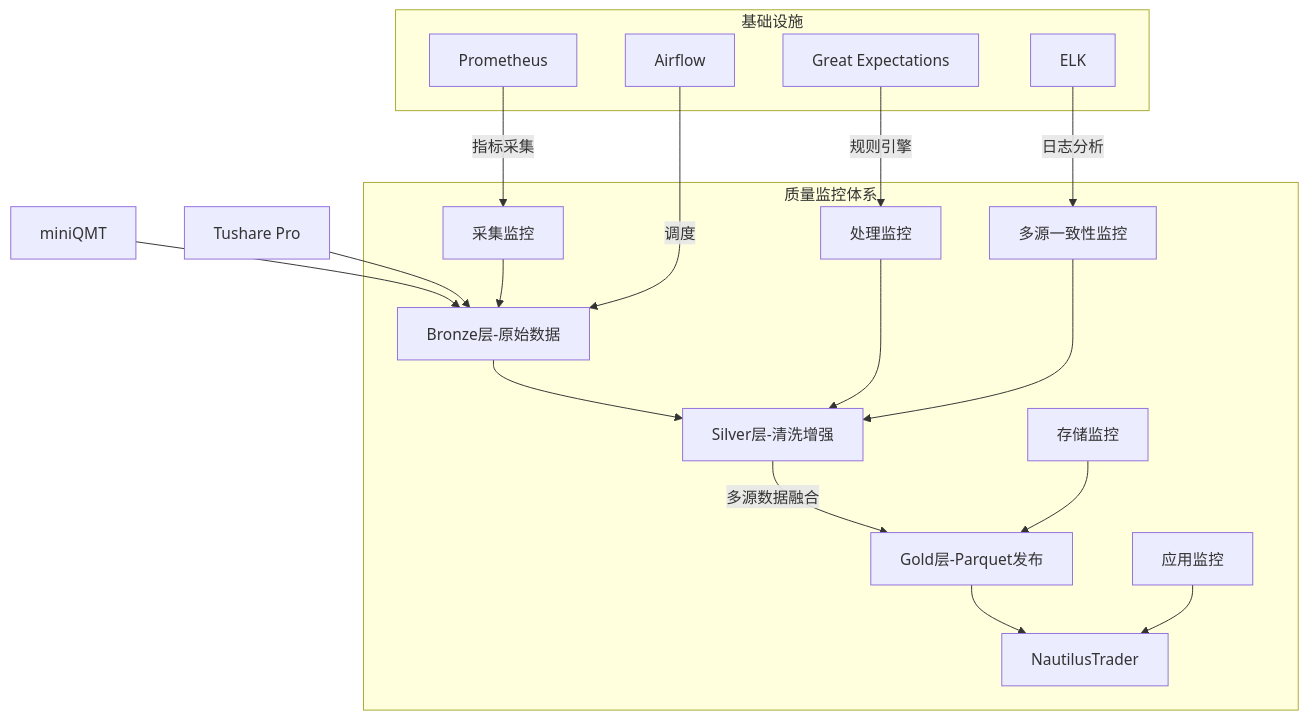
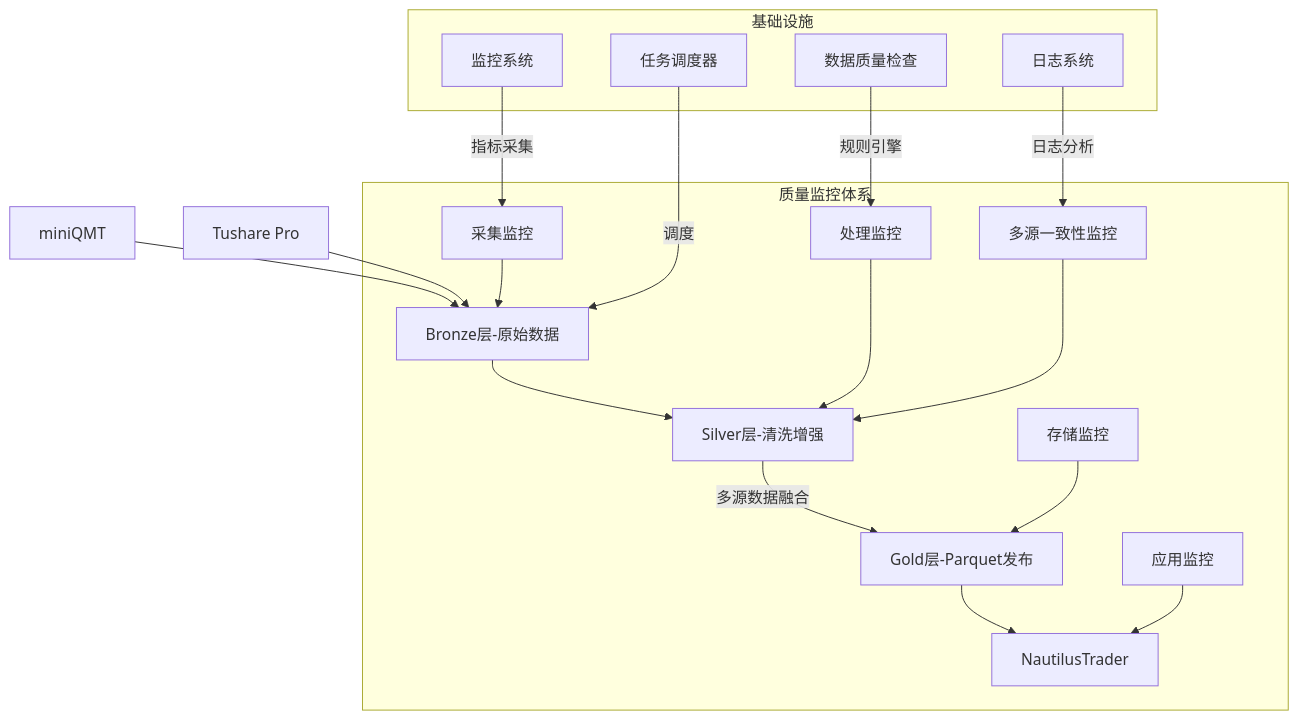
The first of 3 diagrams in argus-doc/plan.md (jiaenyue/project-argus-qmt-agent), drawn with Mermaid before and after one commit. The commit also changed other lines of this file and 340 other files, not shown here.

````diff
--- a/argus-doc/plan.md
+++ b/argus-doc/plan.md
@@ -16,23 +16,23 @@
 ```mermaid
 graph TD
     A[miniQMT] --> B[Bronze层-原始数据]
     C[Tushare Pro] --> B
     B --> D[Silver层-清洗增强]
     D -->|多源数据融合| E[Gold层-Parquet发布]
     E --> F[NautilusTrader]
     
     subgraph 质量监控体系
         M1[采集监控] --> B
         M2[处理监控] --> D
         M3[多源一致性监控] --> D
         M4[存储监控] --> E
         M5[应用监控] --> F
     end
     
     subgraph 基础设施
-        I1[Airflow] -->|调度| B
-        I2[Prometheus] -->|指标采集| M1
-        I3[Great Expectations] -->|规则引擎| M2
-        I4[ELK] -->|日志分析| M3
+        I1[任务调度器] -->|调度| B
+        I2[监控系统] -->|指标采集| M1
+        I3[数据质量检查] -->|规则引擎| M2
+        I4[日志系统] -->|日志分析| M3
     end
 ```
````
